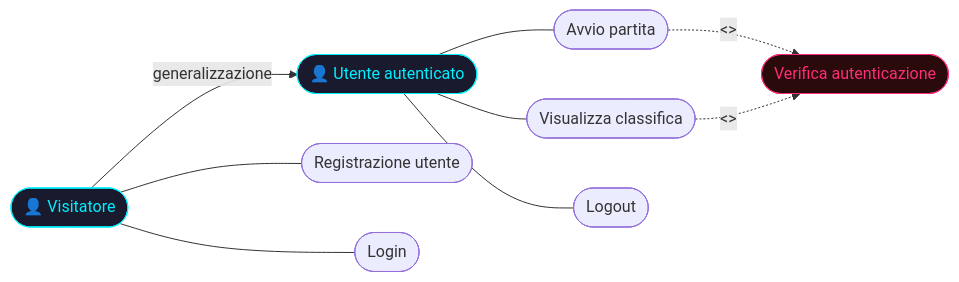
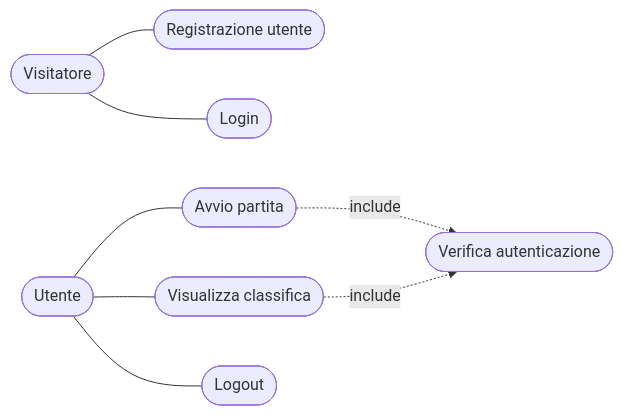
Before and after one commit to AlessandroSanchi/Progetto-Finale: the first of 2 diagrams in REQUISITI.md, drawn with Mermaid. The commit also changed 1 other file, not shown here.

Commit message:
aggiornato il file requisiti

````diff
--- a/REQUISITI.md
+++ b/REQUISITI.md
@@ -138,21 +138,18 @@
 ```mermaid
 graph LR
-    V(["👤 Visitatore"])
-    U(["👤 Utente autenticato"])
+    V(["Visitatore"])
+    U(["Utente"])
 
-    V -->|generalizzazione| U
 
-    V --- UC1(["Registrazione utente"])
-    V --- UC2(["Login"])
+    V --- 1(["Registrazione utente"])
+    V --- 2(["Login"])
 
-    U --- UC3(["Avvio partita"])
-    U --- UC6(["Visualizza classifica"])
-    U --- UC7(["Logout"])
+    U --- 3(["Avvio partita"])
+    U --- 4(["Visualizza classifica"])
+    U --- 5(["Logout"])
 
-    UC3 -. "<<include>>" .-> UC_AUTH(["Verifica autenticazione"])
-    UC6 -. "<<include>>" .-> UC_AUTH
+    3 -. "include" .-> 6(["Verifica autenticazione"])
+    4 -. "include" .-> 6
 
-    style V fill:#1a1a2e,color:#00f0ff,stroke:#00f0ff
-    style U fill:#1a1a2e,color:#00f0ff,stroke:#00f0ff
-    style UC_AUTH fill:#2a0a0a,color:#ff2d78,stroke:#ff2d78
+
 ```
````
